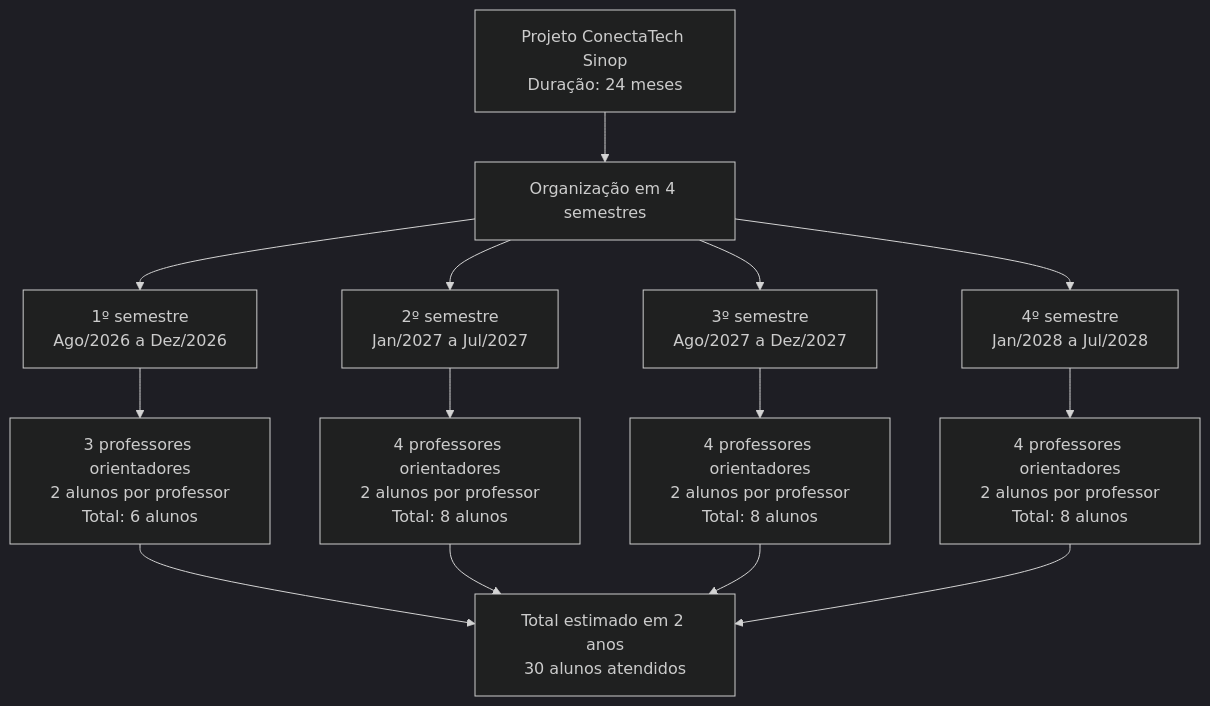
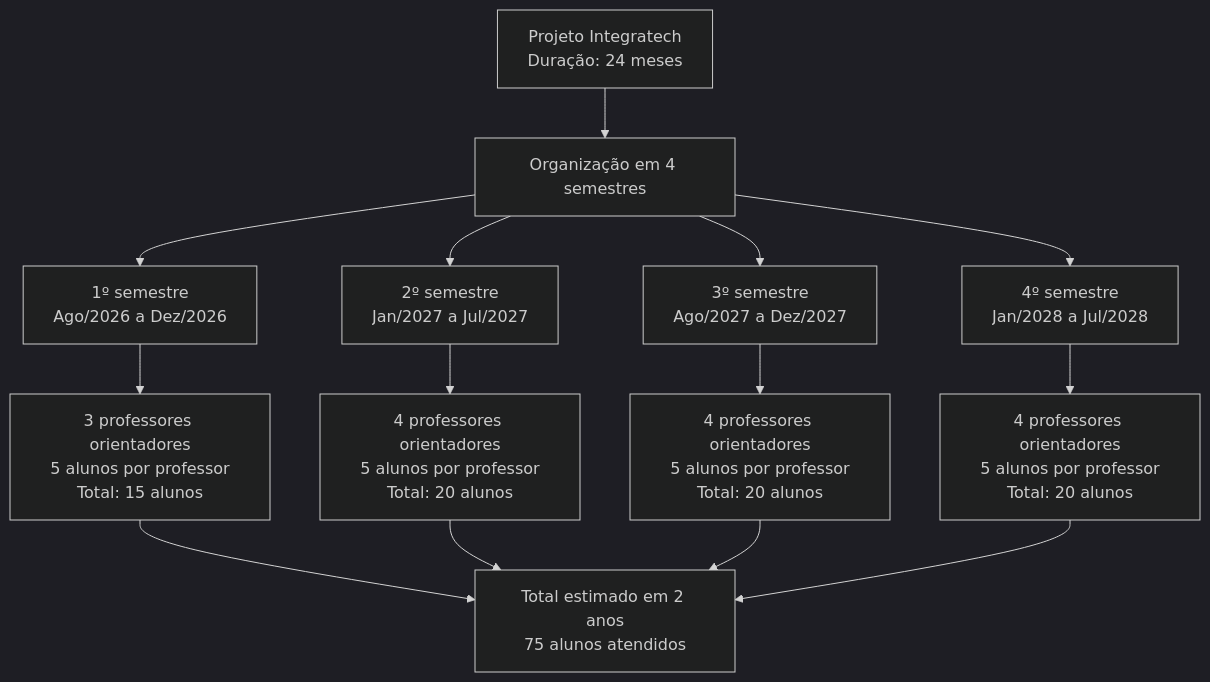
One commit to monteiro74/integratech-sinop changed the first of 7 diagrams in README.md. Above: the diagram before and after it, drawn with Mermaid (dark theme). The commit also changed other lines of this file, not shown here.

````diff
--- a/README.md
+++ b/README.md
@@ -341,19 +347,19 @@
 ```mermaid
 flowchart TD
-    A[Projeto ConectaTech Sinop<br/>Duração: 24 meses] --> B[Organização em 4 semestres]
+    A[Projeto Integratech<br/>Duração: 24 meses] --> B[Organização em 4 semestres]
 
     B --> C1[1º semestre<br/>Ago/2026 a Dez/2026]
     B --> C2[2º semestre<br/>Jan/2027 a Jul/2027]
     B --> C3[3º semestre<br/>Ago/2027 a Dez/2027]
     B --> C4[4º semestre<br/>Jan/2028 a Jul/2028]
 
-    C1 --> D1[3 professores orientadores<br/>2 alunos por professor<br/>Total: 6 alunos]
-    C2 --> D2[4 professores orientadores<br/>2 alunos por professor<br/>Total: 8 alunos]
-    C3 --> D3[4 professores orientadores<br/>2 alunos por professor<br/>Total: 8 alunos]
-    C4 --> D4[4 professores orientadores<br/>2 alunos por professor<br/>Total: 8 alunos]
+    C1 --> D1[3 professores orientadores<br/>5 alunos por professor<br/>Total: 15 alunos]
+    C2 --> D2[4 professores orientadores<br/>5 alunos por professor<br/>Total: 20 alunos]
+    C3 --> D3[4 professores orientadores<br/>5 alunos por professor<br/>Total: 20 alunos]
+    C4 --> D4[4 professores orientadores<br/>5 alunos por professor<br/>Total: 20 alunos]
 
-    D1 --> E[Total estimado em 2 anos<br/>30 alunos atendidos]
+    D1 --> E[Total estimado em 2 anos<br/>75 alunos atendidos]
     D2 --> E
     D3 --> E
     D4 --> E
 ```
````
